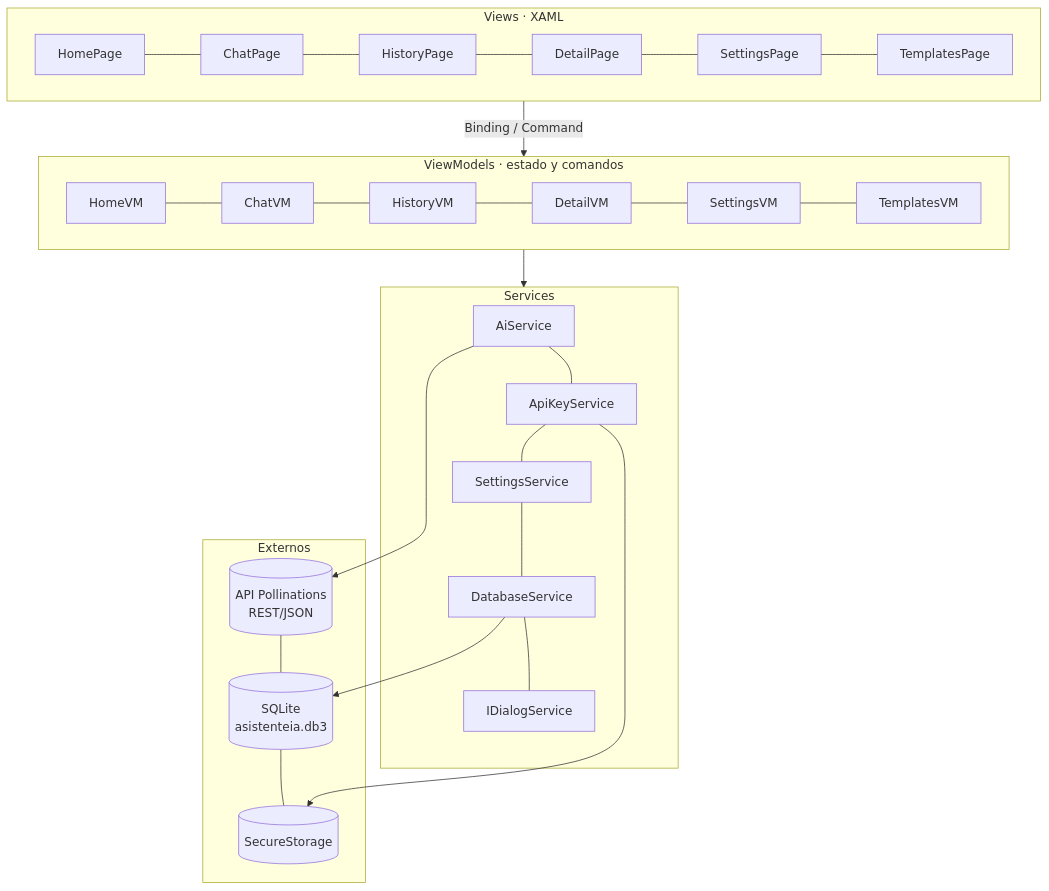
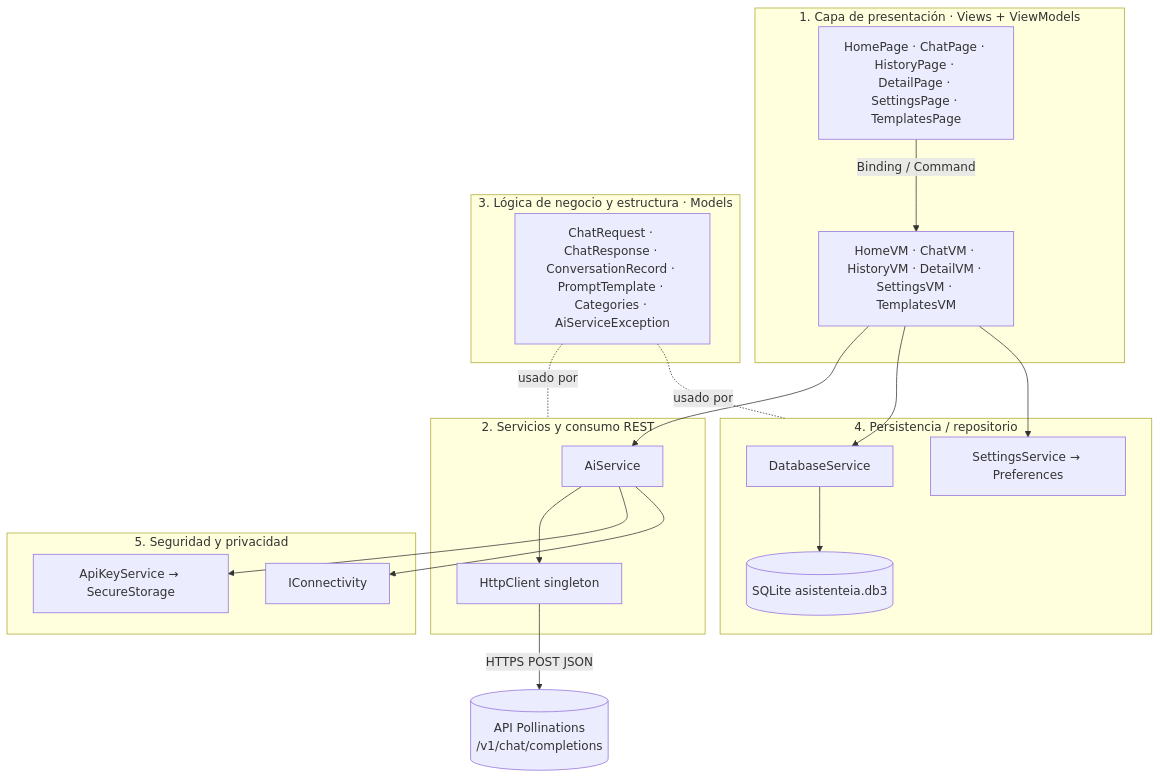
One commit to Wildermangt/Proyecto-final---Asistente-de-IA-academico changed the first of 2 diagrams in docs/02-arquitectura.md. Above: the diagram before and after it, drawn with Mermaid. The commit also changed other lines of this file and 1 other file, not shown here.

Commit message:
docs: arquitectura en cinco componentes con diagrama de clases y manual de usuario con nueva estructura

````diff
--- a/docs/02-arquitectura.md
+++ b/docs/02-arquitectura.md
@@ -5,20 +5,34 @@
 ```mermaid
 flowchart TB
-    subgraph Views [Views · XAML]
-        HP[HomePage] --- CP[ChatPage] --- HiP[HistoryPage] --- DP[DetailPage] --- SP[SettingsPage] --- TP[TemplatesPage]
+    subgraph P [1. Capa de presentación · Views + ViewModels]
+        V[HomePage · ChatPage · HistoryPage · DetailPage · SettingsPage · TemplatesPage]
+        VM[HomeVM · ChatVM · HistoryVM · DetailVM · SettingsVM · TemplatesVM]
+        V -- Binding / Command --> VM
     end
-    subgraph ViewModels [ViewModels · estado y comandos]
-        HVM[HomeVM] --- CVM[ChatVM] --- HiVM[HistoryVM] --- DVM[DetailVM] --- SVM[SettingsVM] --- TVM[TemplatesVM]
+    subgraph S [2. Servicios y consumo REST]
+        AI[AiService]
+        HC[HttpClient singleton]
+        AI --> HC
     end
-    subgraph Services [Services]
-        AI[AiService] --- KEY[ApiKeyService] --- SET[SettingsService] --- DB[DatabaseService] --- DLG[IDialogService]
+    subgraph L [3. Lógica de negocio y estructura · Models]
+        M[ChatRequest · ChatResponse · ConversationRecord · PromptTemplate · Categories · AiServiceException]
     end
-    subgraph Externos
-        API[(API Pollinations\nREST/JSON)] --- SQL[(SQLite\nasistenteia.db3)] --- SEC[(SecureStorage)]
+    subgraph R [4. Persistencia / repositorio]
+        DB[DatabaseService]
+        SQL[(SQLite asistenteia.db3)]
+        PR[SettingsService → Preferences]
+        DB --> SQL
     end
-    Views -- Binding / Command --> ViewModels
-    ViewModels --> Services
-    AI --> API
-    DB --> SQL
-    KEY --> SEC
+    subgraph SEC [5. Seguridad y privacidad]
+        K[ApiKeyService → SecureStorage]
+        CN[IConnectivity]
+    end
+    VM --> AI
+    VM --> DB
+    VM --> PR
+    AI --> K
+    AI --> CN
+    HC -- HTTPS POST JSON --> API[(API Pollinations\n/v1/chat/completions)]
+    M -. usado por .- S
+    M -. usado por .- R
 ```
````
